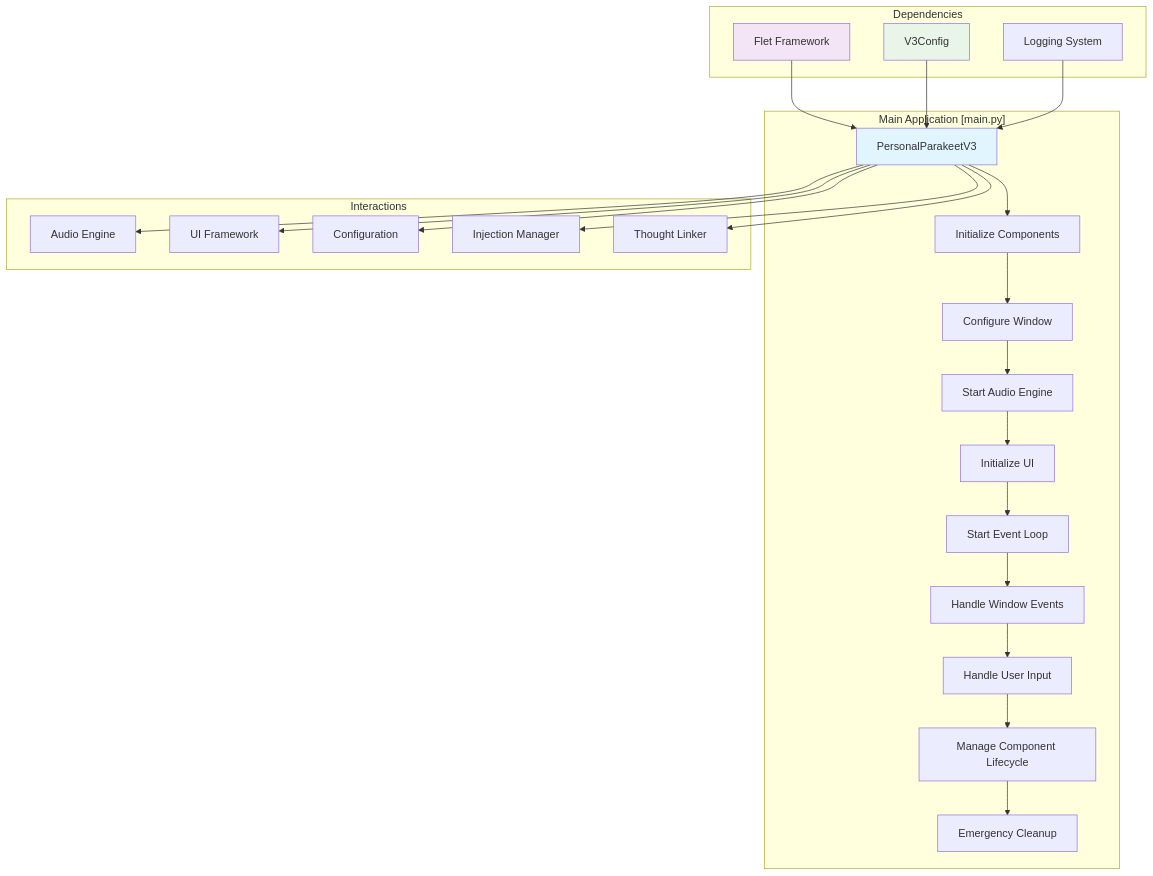
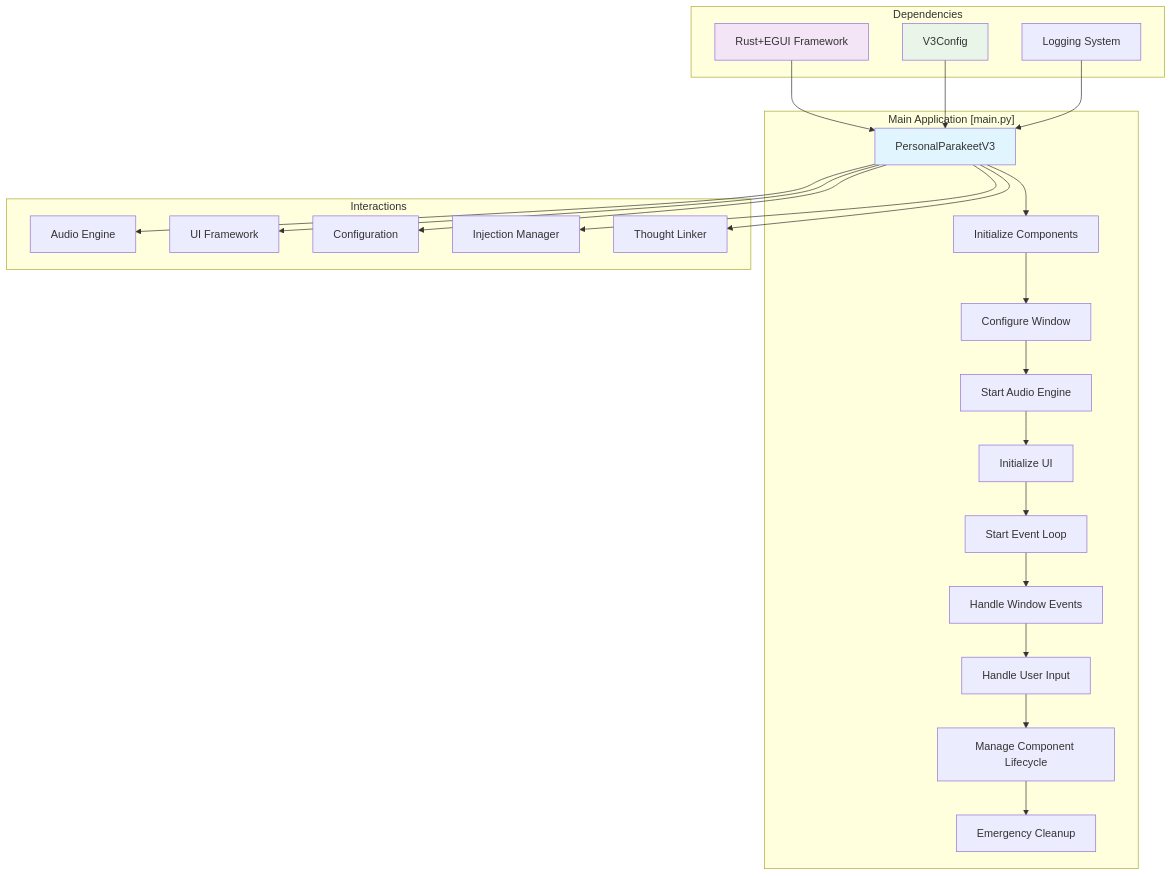
One commit to Coldaine/PersonalParakeet changed the first of 8 diagrams in docs/analysis/component_interaction_diagram.md. Above: the diagram before and after it, drawn with Mermaid. The commit also changed other lines of this file and 36 other files, not shown here.

First line of the commit message:
docs: Update documentation to reflect Rust+EGUI architecture

````diff
--- a/docs/analysis/component_interaction_diagram.md
+++ b/docs/analysis/component_interaction_diagram.md
@@ -23,33 +23,33 @@
 ```mermaid
 graph TB
     subgraph "Main Application [main.py]"
         A[PersonalParakeetV3] --> B[Initialize Components]
         B --> C[Configure Window]
         C --> D[Start Audio Engine]
         D --> E[Initialize UI]
         E --> F[Start Event Loop]
         
         F --> G[Handle Window Events]
         G --> H[Handle User Input]
         H --> I[Manage Component Lifecycle]
         I --> J[Emergency Cleanup]
     end
     
     subgraph "Dependencies"
-        K[Flet Framework] --> A
+        K[Rust+EGUI Framework] --> A
         L[V3Config] --> A
         M[Logging System] --> A
     end
     
     subgraph "Interactions"
         A --> N[Audio Engine]
         A --> O[UI Framework]
         A --> P[Configuration]
         A --> Q[Injection Manager]
         A --> R[Thought Linker]
     end
     
     style A fill:#e1f5fe
     style K fill:#f3e5f5
     style L fill:#e8f5e8
 ```
````
